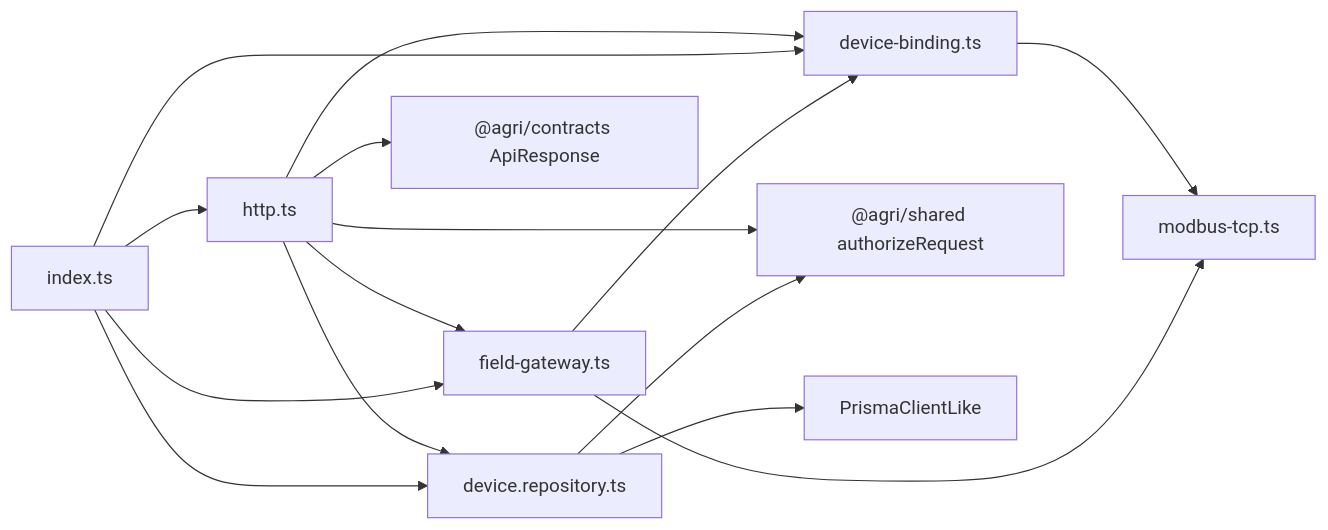
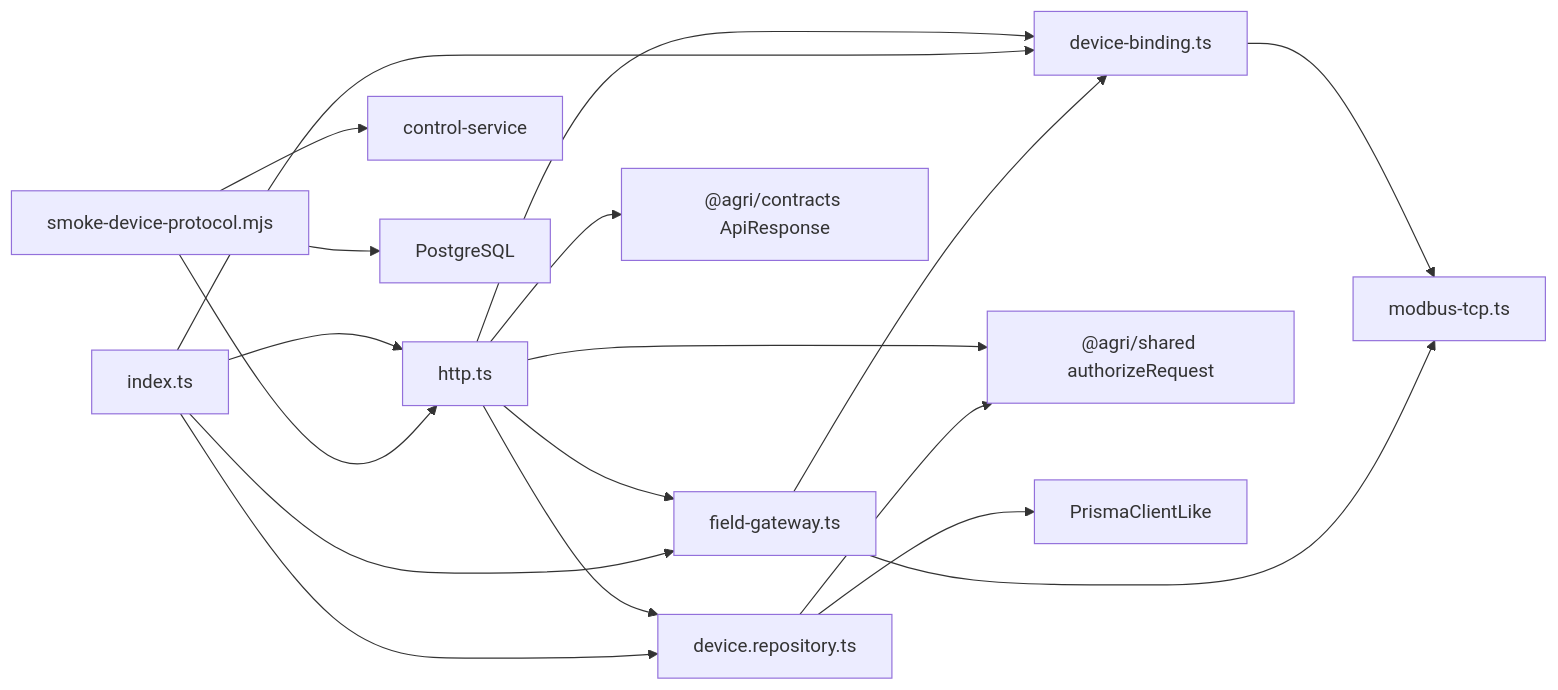
The tenth of 10 diagrams in .qoder/repowiki/zh/content/核心服务文档/物联网设备管理/物联网设备管理.md (q446328246/agri-platform), drawn with Mermaid before and after one commit. The commit also changed other lines of this file and 25 other files, not shown here.

````diff
--- a/.qoder/repowiki/zh/content/核心服务文档/物联网设备管理/物联网设备管理.md
+++ b/.qoder/repowiki/zh/content/核心服务文档/物联网设备管理/物联网设备管理.md
@@ -528,17 +619,20 @@
 ```mermaid
 graph LR
 Http["http.ts"] --> Repo["device.repository.ts"]
 Http --> Binding["device-binding.ts"]
 Http --> FieldGateway["field-gateway.ts"]
 Index["index.ts"] --> Http
 Index --> Repo
 Index --> Binding
 Index --> FieldGateway
 Http --> Contracts["@agri/contracts ApiResponse"]
 Http --> Shared["@agri/shared authorizeRequest"]
 Repo --> Shared
 Repo --> DB["PrismaClientLike"]
 Binding --> Modbus["modbus-tcp.ts"]
 FieldGateway --> Modbus
 FieldGateway --> Binding
+SmokeTest["smoke-device-protocol.mjs"] --> Http
+SmokeTest --> ControlService["control-service"]
+SmokeTest --> Database["PostgreSQL"]
 ```
````
